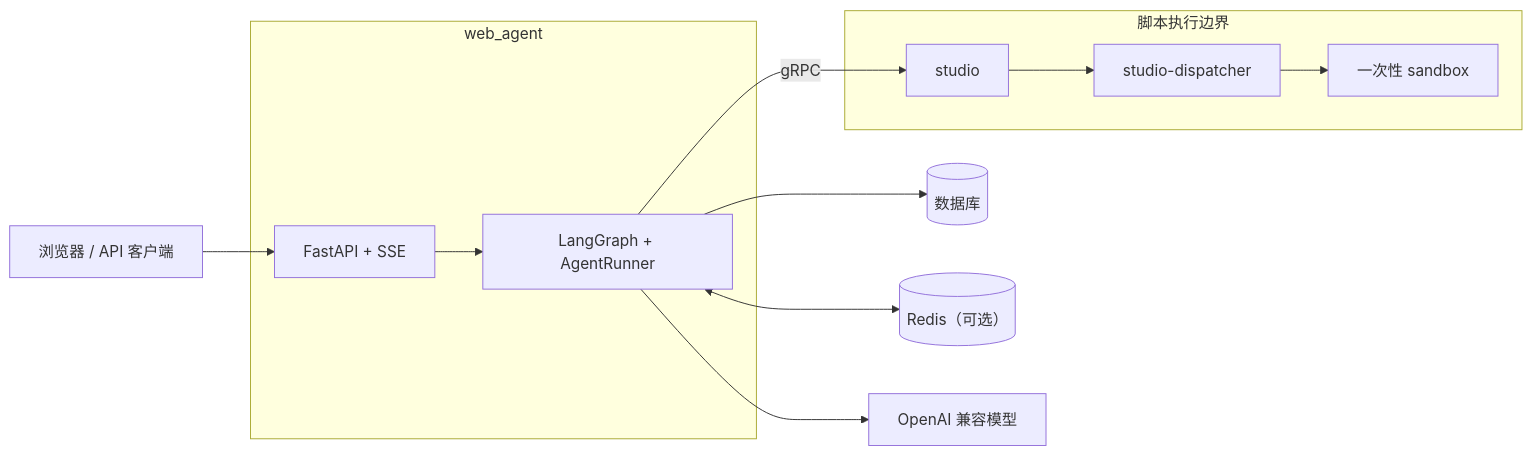
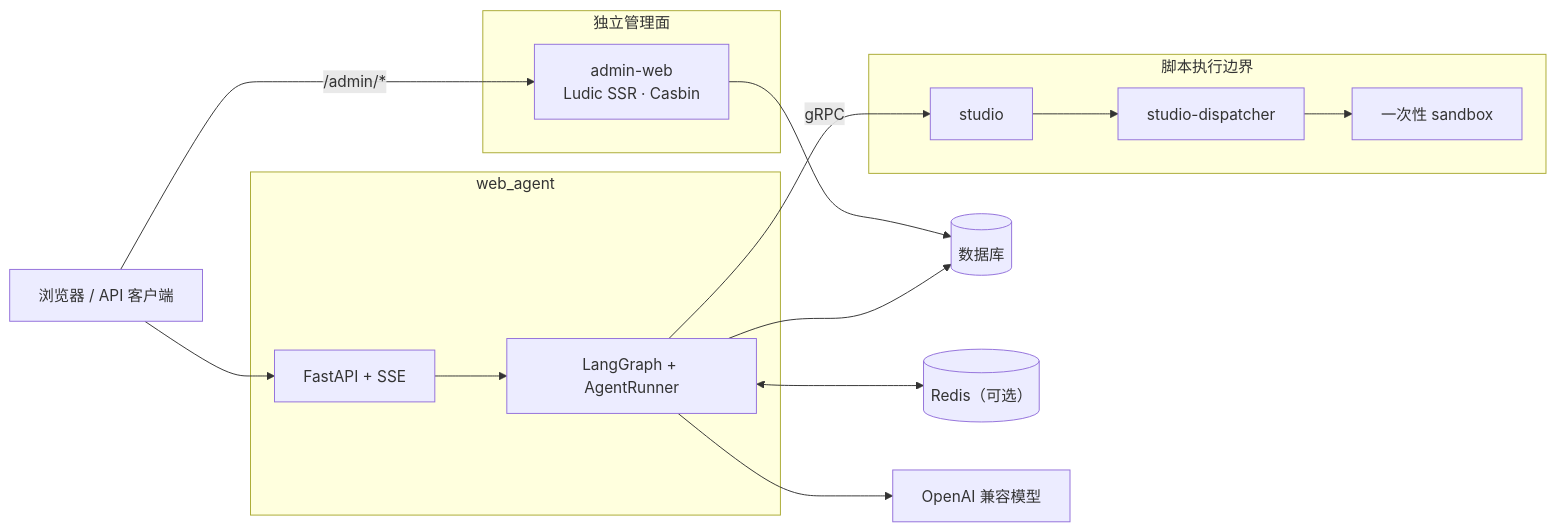
Before and after one commit to langbiantianya/web_agent: the diagram in README.md, drawn with Mermaid. The commit also changed other lines of this file and 46 other files, not shown here.

Commit message:
feat: add standalone Ludic admin service

````diff
--- a/README.md
+++ b/README.md
@@ -47,28 +48,34 @@
 ```mermaid
 flowchart LR
     Client["浏览器 / API 客户端"]
 
     subgraph Main["web_agent"]
         API["FastAPI + SSE"]
         Runtime["LangGraph + AgentRunner"]
+    end
+
+    subgraph Admin["独立管理面"]
+        AdminWeb["admin-web<br/>Ludic SSR · Casbin"]
     end
 
     DB[("数据库")]
     Redis[("Redis（可选）")]
     LLM["OpenAI 兼容模型"]
 
     subgraph Exec["脚本执行边界"]
         Studio["studio"]
         Dispatcher["studio-dispatcher"]
         Sandbox["一次性 sandbox"]
     end
 
     Client --> API
+    Client -->|"/admin/*"| AdminWeb
+    AdminWeb --> DB
     API --> Runtime
     Runtime --> DB
     Runtime <--> Redis
     Runtime --> LLM
     Runtime -->|"gRPC"| Studio
     Studio --> Dispatcher
     Dispatcher --> Sandbox
 ```
````
